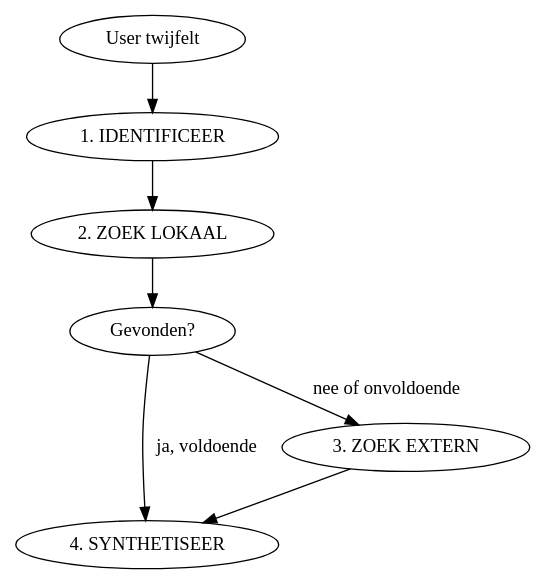
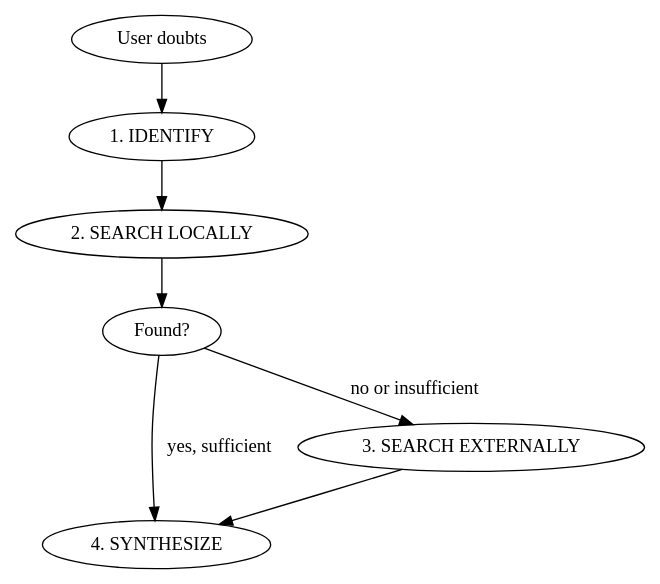
The diagram in packages/ground/skills/ground/SKILL.md (epologee/leclause-skills), drawn with Graphviz before and after one commit. The commit also changed other lines of this file and 1 other file, not shown here.

````diff
--- a/packages/ground/skills/ground/SKILL.md
+++ b/packages/ground/skills/ground/SKILL.md
@@ -17,11 +17,11 @@
 ```dot
 digraph ground {
   rankdir=TB;
-  "User twijfelt" -> "1. IDENTIFICEER";
-  "1. IDENTIFICEER" -> "2. ZOEK LOKAAL";
-  "2. ZOEK LOKAAL" -> "Gevonden?" [label=""];
-  "Gevonden?" -> "4. SYNTHETISEER" [label="ja, voldoende"];
-  "Gevonden?" -> "3. ZOEK EXTERN" [label="nee of onvoldoende"];
-  "3. ZOEK EXTERN" -> "4. SYNTHETISEER";
+  "User doubts" -> "1. IDENTIFY";
+  "1. IDENTIFY" -> "2. SEARCH LOCALLY";
+  "2. SEARCH LOCALLY" -> "Found?" [label=""];
+  "Found?" -> "4. SYNTHESIZE" [label="yes, sufficient"];
+  "Found?" -> "3. SEARCH EXTERNALLY" [label="no or insufficient"];
+  "3. SEARCH EXTERNALLY" -> "4. SYNTHESIZE";
 }
 ```
````
